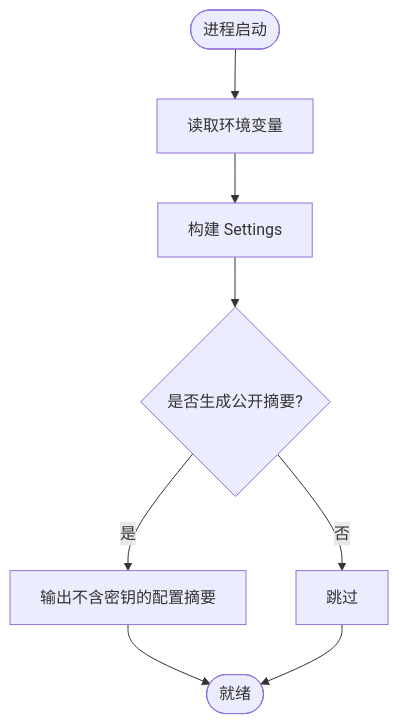
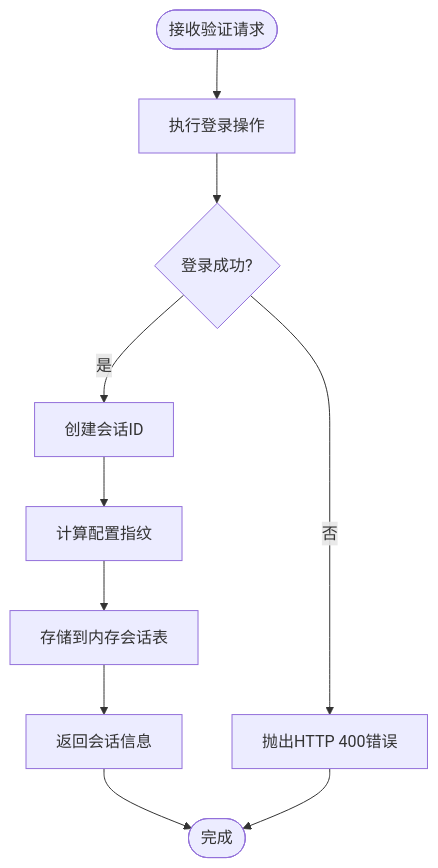
Before and after one commit to Joeyzheng001/LLM-AutoTest: the third of 10 diagrams in .qoder/repowiki/zh/content/API参考文档/认证授权.md, drawn with Mermaid. The commit also changed other lines of this file and 94 other files, not shown here.

````diff
--- a/.qoder/repowiki/zh/content/API参考文档/认证授权.md
+++ b/.qoder/repowiki/zh/content/API参考文档/认证授权.md
@@ -120,10 +154,12 @@
 ```mermaid
 flowchart TD
-Start(["进程启动"]) --> LoadEnv["读取环境变量"]
-LoadEnv --> BuildSettings["构建 Settings"]
-BuildSettings --> Summary{"是否生成公开摘要?"}
-Summary --> |是| PublicSummary["输出不含密钥的配置摘要"]
-Summary --> |否| Skip["跳过"]
-PublicSummary --> End(["就绪"])
-Skip --> End
+Start(["接收验证请求"]) --> Login["执行登录操作"]
+Login --> Success{"登录成功?"}
+Success --> |是| CreateSession["创建会话ID"]
+CreateSession --> Fingerprint["计算配置指纹"]
+Fingerprint --> Store["存储到内存会话表"]
+Store --> Return["返回会话信息"]
+Success --> |否| Error["抛出HTTP 400错误"]
+Return --> End(["完成"])
+Error --> End
 ```
````
